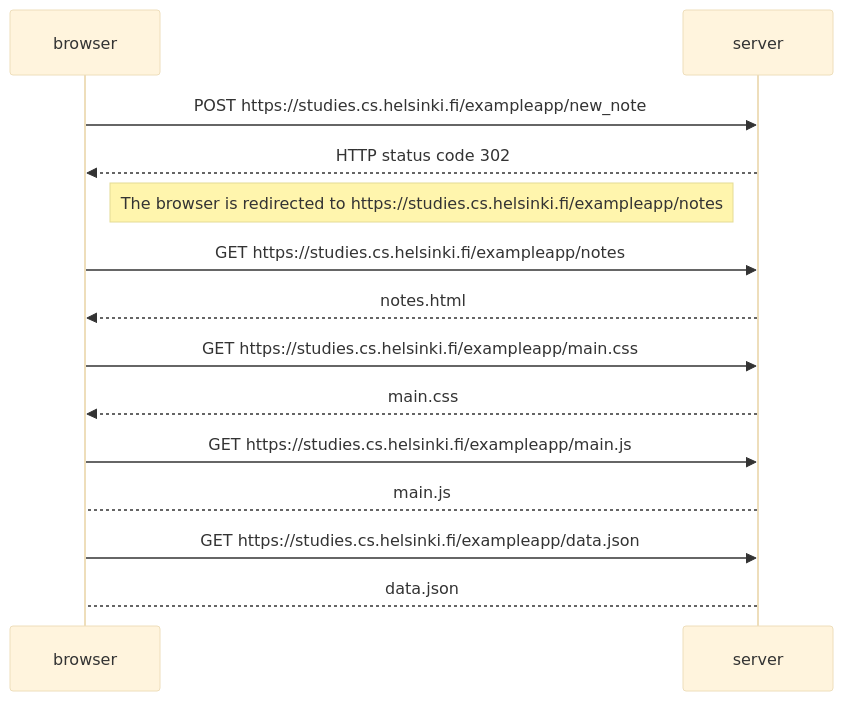
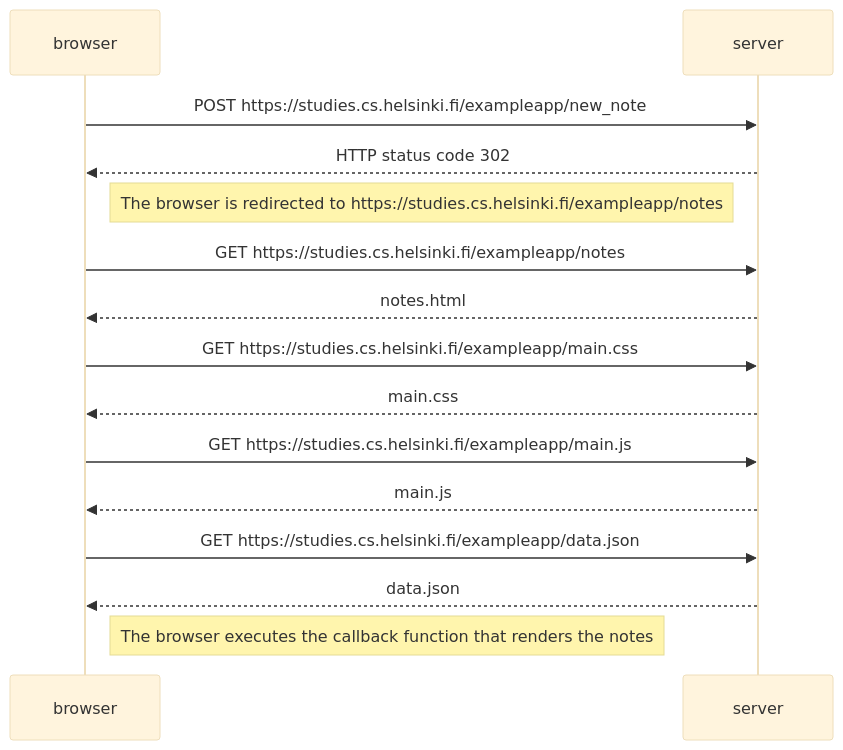
One commit to PopiJack/FullStackCourse changed the diagram in part0/newNoteDiagram.md. Above: the diagram before and after it, drawn with Mermaid (base theme).

Commit message:
added missing ntoe and arrow

````diff
--- a/part0/newNoteDiagram.md
+++ b/part0/newNoteDiagram.md
@@ -1,17 +1,18 @@
 ```mermaid
 sequenceDiagram %% diagram
 participant browser
 participant server
 
 browser->>server: POST https://studies.cs.helsinki.fi/exampleapp/new_note
 server-->>browser: HTTP status code 302
 Note right of browser: The browser is redirected to https://studies.cs.helsinki.fi/exampleapp/notes
 browser->>server: GET https://studies.cs.helsinki.fi/exampleapp/notes
 server-->>browser: notes.html
 browser->>server: GET https://studies.cs.helsinki.fi/exampleapp/main.css
 server-->>browser: main.css
 browser->>server: GET https://studies.cs.helsinki.fi/exampleapp/main.js
-server-->browser: main.js
+server-->>browser: main.js
 browser->>server: GET https://studies.cs.helsinki.fi/exampleapp/data.json
-server-->browser: data.json
+server-->>browser: data.json
+Note right of browser: The browser executes the callback function that renders the notes
 ```
````
